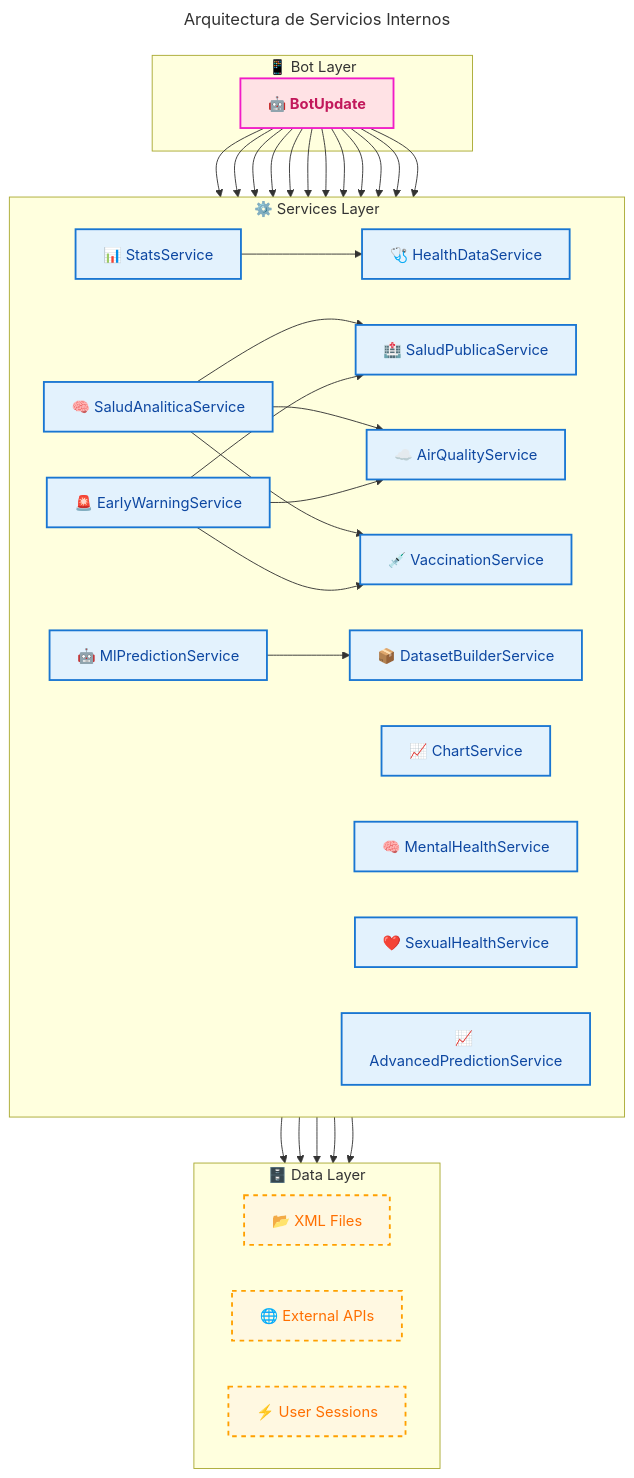
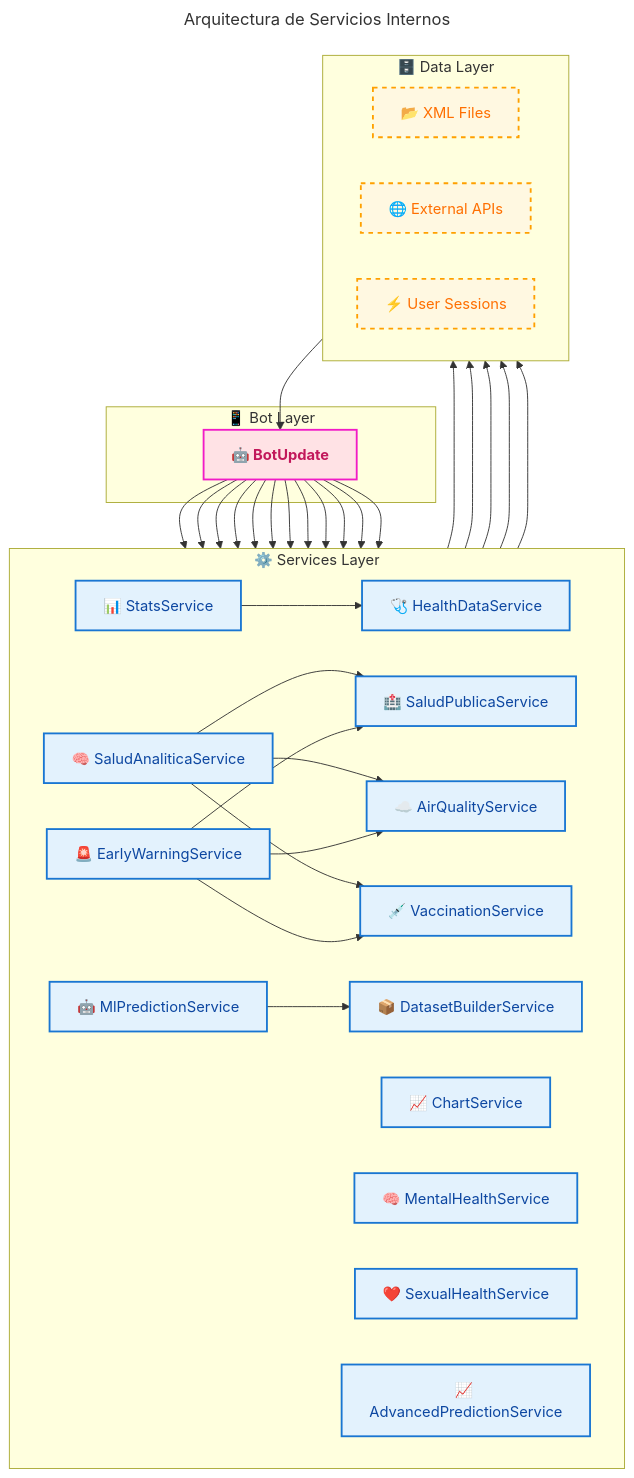
The fourth of 4 diagrams in DOCUMENTACION_TECNICA.md (RubenDarioGuerreroNeira/Ecosistema-IA-Colombia), drawn with Mermaid before and after one commit. The commit also changed other lines of this file, not shown here.

````diff
--- a/DOCUMENTACION_TECNICA.md
+++ b/DOCUMENTACION_TECNICA.md
@@ -266,54 +272,55 @@
 ```mermaid
 ---
 title: Arquitectura de Servicios Internos
 ---
 graph TD
     classDef layer fill:#f8f9fa,stroke:#dee2e6,stroke-width:2px,color:#495057
     classDef bot fill:#ffe2e5,stroke:#f11bc7,stroke-width:2px,color:#c2185b,font-weight:bold
     classDef service fill:#e3f2fd,stroke:#1976d2,stroke-width:2px,color:#0d47a1
     classDef data fill:#fff8e1,stroke:#ffa000,stroke-width:2px,color:#ff6f00,stroke-dasharray: 5 5
 
     subgraph BotLayer ["📱 Bot Layer"]
         BotUpdate["🤖 BotUpdate"]:::bot
     end
 
     subgraph ServicesLayer ["⚙️ Services Layer"]
         direction LR
         Stats["📊 StatsService"]:::service
         SaludPublica["🏥 SaludPublicaService"]:::service
         SaludAnalitica["🧠 SaludAnaliticaService"]:::service
         AirQuality["☁️ AirQualityService"]:::service
         Chart["📈 ChartService"]:::service
         HealthData["🩺 HealthDataService"]:::service
         Mental["🧠 MentalHealthService"]:::service
         Sexual["❤️ SexualHealthService"]:::service
         Vaccination["💉 VaccinationService"]:::service
         MLPredict["🤖 MlPredictionService"]:::service
         Advanced["📈 AdvancedPredictionService"]:::service
         EarlyWarning["🚨 EarlyWarningService"]:::service
         DatasetBuilder["📦 DatasetBuilderService"]:::service
     end
 
     subgraph DataLayer ["🗄️ Data Layer"]
         direction LR
         XML["📂 XML Files"]:::data
         API["🌐 External APIs"]:::data
         Redis["⚡ User Sessions"]:::data
     end
 
     %% Enrutamiento Principal
     BotUpdate --> Stats & SaludPublica & SaludAnalitica & AirQuality & Chart & HealthData & Mental & Sexual & Vaccination & MLPredict & Advanced & EarlyWarning
 
     %% Dependencias de Servicios
     Stats --> HealthData
     SaludAnalitica --> SaludPublica & AirQuality & Vaccination
     MLPredict --> DatasetBuilder
     EarlyWarning --> SaludPublica & Vaccination & AirQuality
 
     %% Acceso a Datos
     HealthData --> XML
     Mental --> XML
     Sexual --> XML
     Vaccination --> XML
     AirQuality --> API
+    Redis --> BotUpdate
 ```
````
